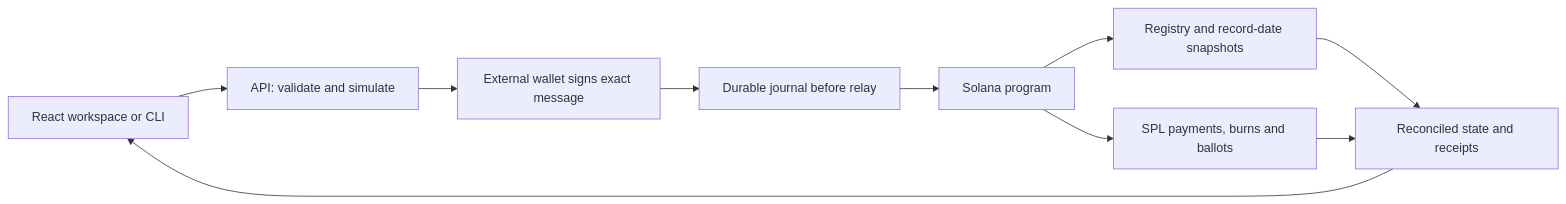
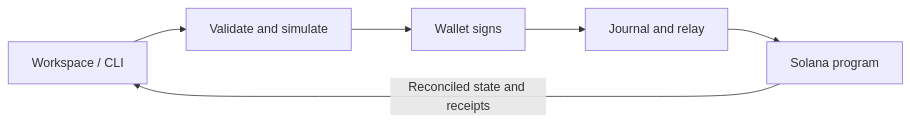
Before and after one commit to dimik98330/solana-worldsfair-2026: the diagram in README.md, drawn with Mermaid. The commit also changed other lines of this file and 3 other files, not shown here.

````diff
--- a/README.md
+++ b/README.md
@@ -58,12 +60,8 @@
 ```mermaid
 flowchart LR
-  A[React workspace or CLI] --> B[API: validate and simulate]
-  B --> C[External wallet signs exact message]
-  C --> D[Durable journal before relay]
-  D --> E[Solana program]
-  E --> F[Registry and record-date snapshots]
-  E --> G[SPL payments, burns and ballots]
-  F --> H[Reconciled state and receipts]
-  G --> H
-  H --> A
+  UI[Workspace / CLI] --> API[Validate and simulate]
+  API --> W[Wallet signs]
+  W --> J[Journal and relay]
+  J --> S[Solana program]
+  S -->|Reconciled state and receipts| UI
 ```
````
